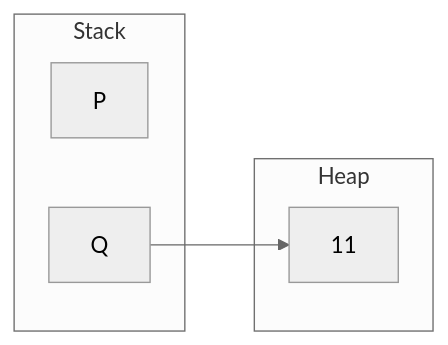
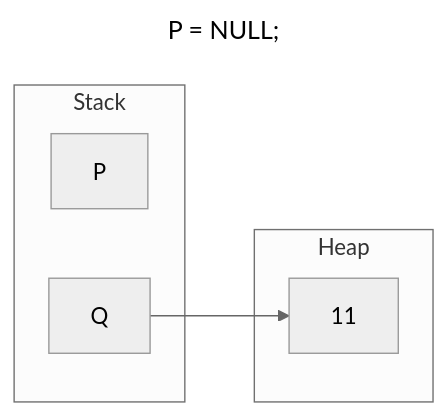
Before and after one commit to TeenBiscuits/Pro2324: the third of 9 diagrams in docs/topics/03-Apuntes/Pro-2/Tema-2.md, drawn with Mermaid (neutral theme). The commit also changed other lines of this file, not shown here.

````diff
--- a/docs/topics/03-Apuntes/Pro-2/Tema-2.md
+++ b/docs/topics/03-Apuntes/Pro-2/Tema-2.md
@@ -181,12 +181,15 @@
 ```mermaid
+---
+title: P = NULL;
+---
 flowchart LR
     subgraph Stack
         P
         Q
     end
     subgraph Heap
         11
     end
 
     Q --> 11
 ```
````
